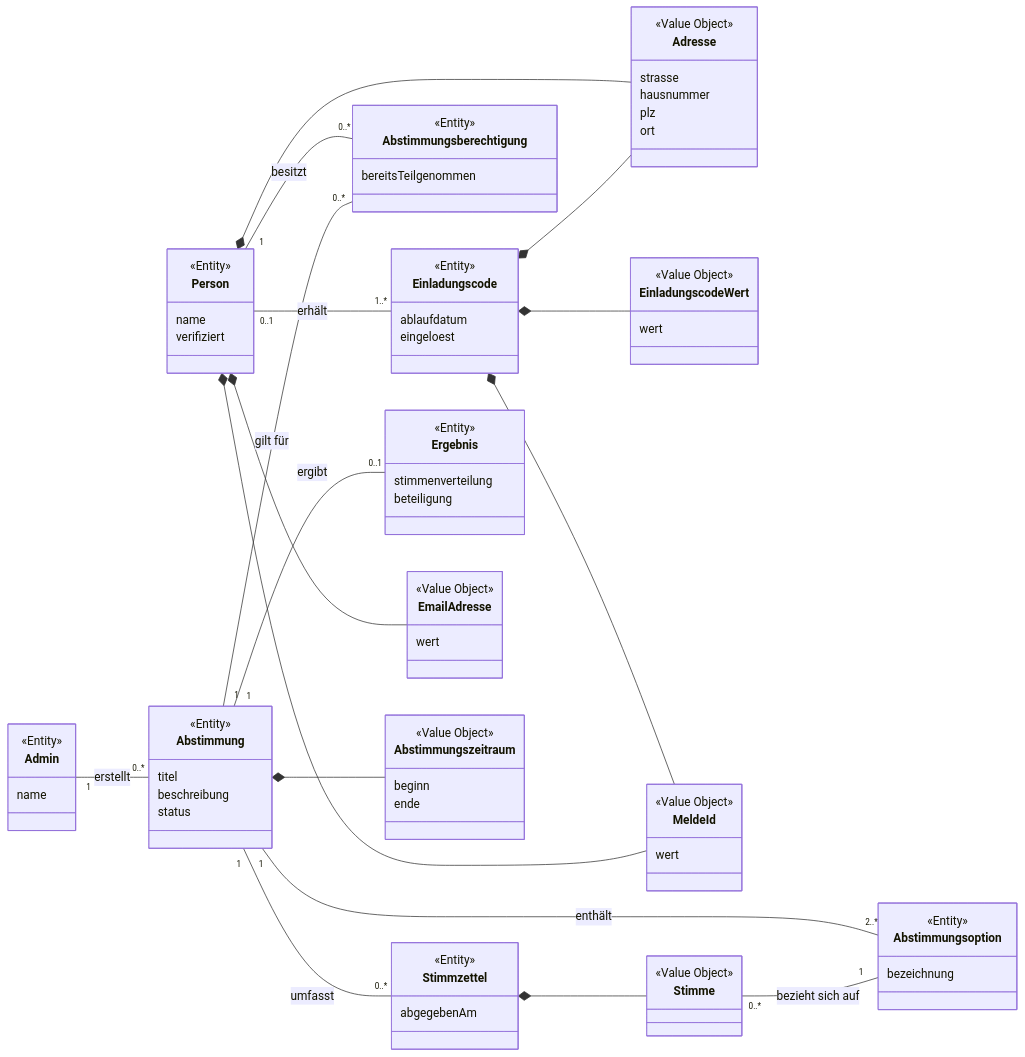
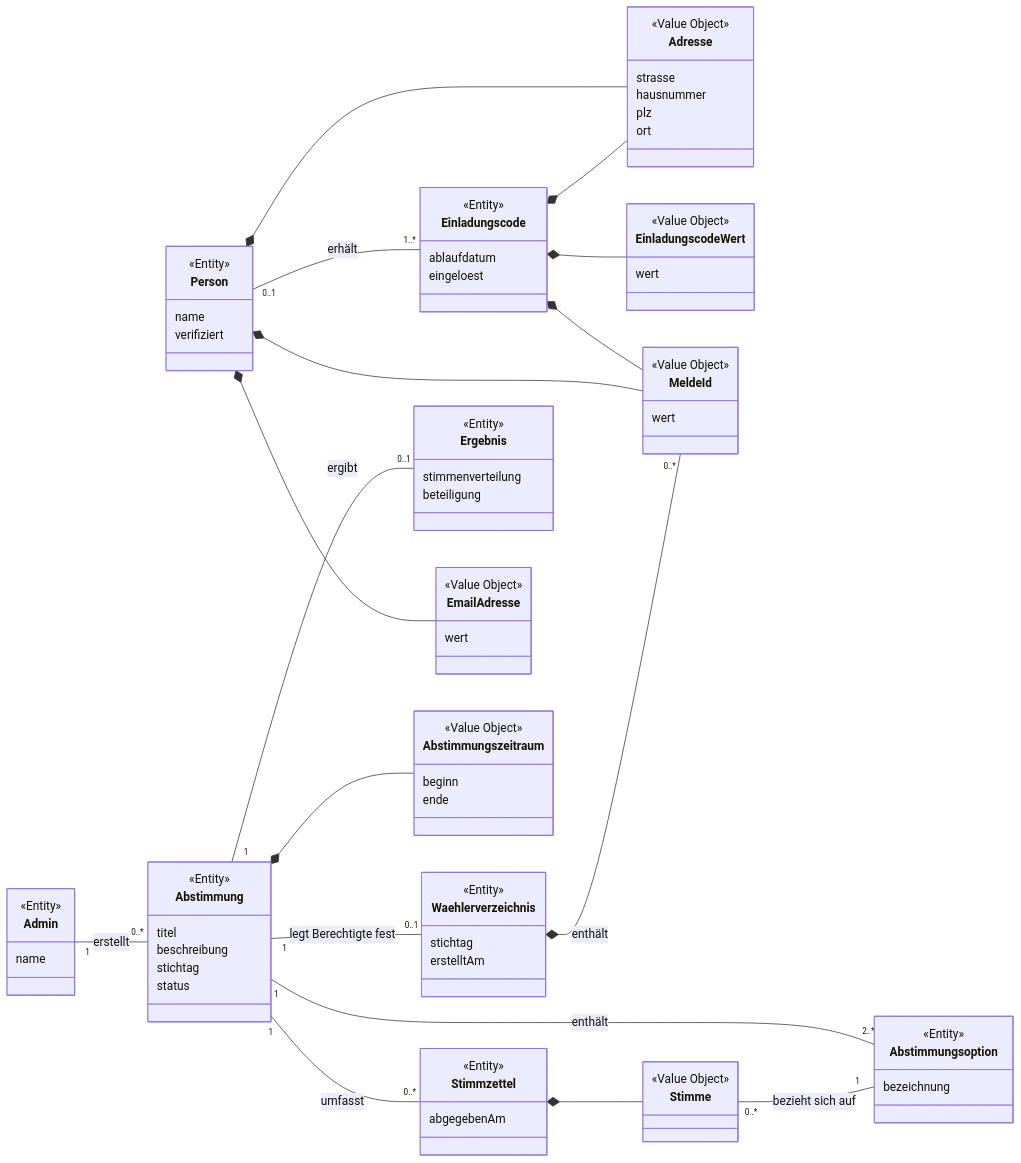
The sixth of 9 diagrams in documentation/Uebung3.md (normaharley/ModerneSoftwarentwicklungWS26), drawn with Mermaid before and after one commit. The commit also changed other lines of this file, not shown here.

Commit message:
Uebung 3: Fix for MeldeID Problem

```diff
--- a/documentation/Uebung3.md
+++ b/documentation/Uebung3.md
@@ -174,6 +188,7 @@
         <<Entity>>
         titel
         beschreibung
+        stichtag
         status
     }
 
@@ -182,9 +197,10 @@
         bezeichnung
     }
 
-    class Abstimmungsberechtigung {
+    class Waehlerverzeichnis {
         <<Entity>>
-        bereitsTeilgenommen
+        stichtag
+        erstelltAm
     }
 
     class Stimmzettel {
@@ -246,8 +262,8 @@
     Person "0..1" -- "1..*" Einladungscode : erhält
     Admin "1" -- "0..*" Abstimmung : erstellt
     Abstimmung "1" -- "2..*" Abstimmungsoption : enthält
-    Person "1" -- "0..*" Abstimmungsberechtigung : besitzt
-    Abstimmung "1" -- "0..*" Abstimmungsberechtigung : gilt für
+    Abstimmung "1" -- "0..1" Waehlerverzeichnis : legt Berechtigte fest
+    Waehlerverzeichnis *-- "0..*" MeldeId : enthält
     Abstimmung "1" -- "0..*" Stimmzettel : umfasst
     Stimme "0..*" -- "1" Abstimmungsoption : bezieht sich auf
     Abstimmung "1" -- "0..1" Ergebnis : ergibt
```
